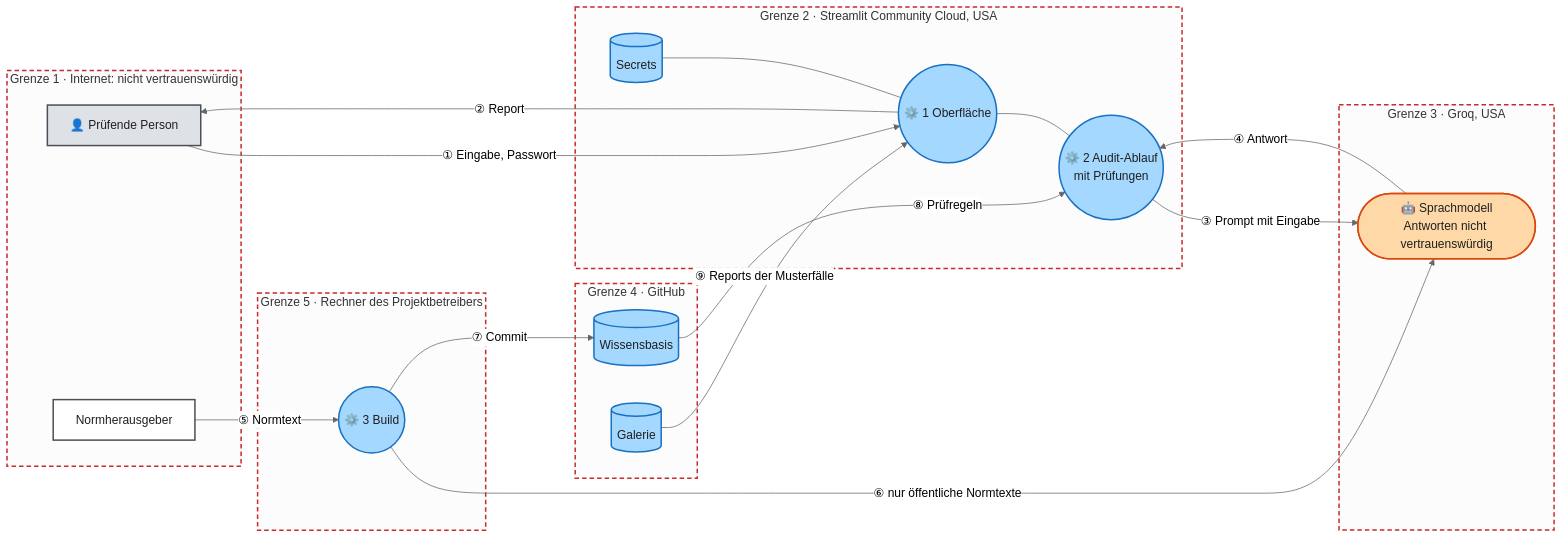
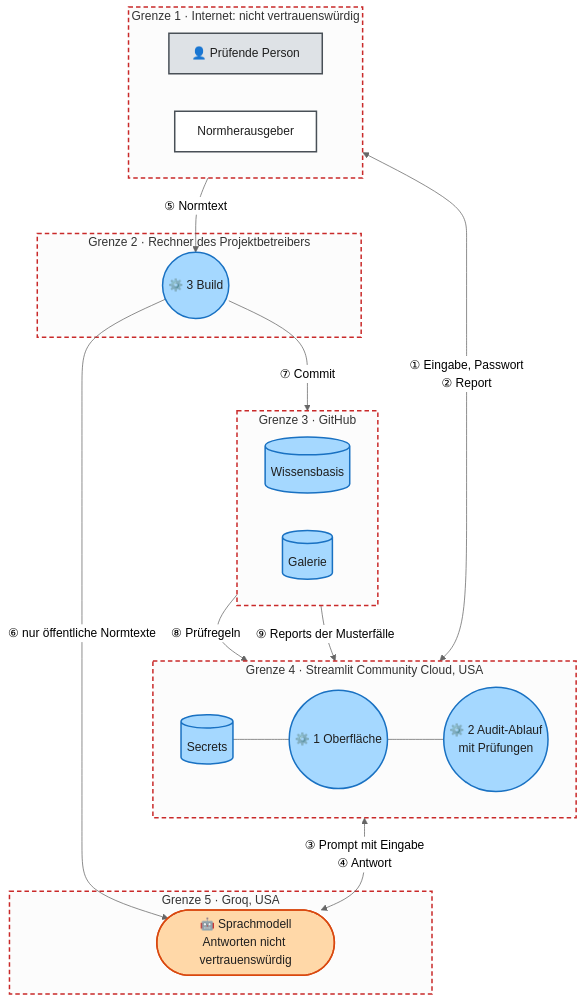
Diagram 25 of 25 in docs/ARCHITECTURE.md (Daniel74/GovGuard), drawn with Mermaid (neutral theme) before and after one commit. The commit also changed other lines of this file and 8 other files, not shown here.

Commit message:
#73 Architecture - second version

````diff
--- a/docs/ARCHITECTURE.md
+++ b/docs/ARCHITECTURE.md
@@ -1808,42 +2395,44 @@
 ```mermaid
-flowchart LR
+flowchart TB
   subgraph Z1["Grenze 1 · Internet: nicht vertrauenswürdig"]
+    direction LR
     U["👤 Prüfende Person"]:::human
     NH["Normherausgeber"]:::ext
   end
-  subgraph Z5["Grenze 5 · Rechner des Projektbetreibers"]
+  subgraph Z2["Grenze 2 · Rechner des Projektbetreibers"]
     P4(("⚙️ 3 Build")):::code
   end
-  subgraph Z2["Grenze 2 · Streamlit Community Cloud, USA"]
+  subgraph Z3["Grenze 3 · GitHub"]
+    direction LR
+    S2[("Wissensbasis")]:::code
+    S3[("Galerie")]:::code
+  end
+  subgraph Z4["Grenze 4 · Streamlit Community Cloud, USA"]
+    direction LR
     S1[("Secrets")]:::code
     P1(("⚙️ 1 Oberfläche")):::code
     P2(("⚙️ 2 Audit-Ablauf<br/>mit Prüfungen")):::code
   end
-  subgraph Z4["Grenze 4 · GitHub"]
-    S2[("Wissensbasis")]:::code
-    S3[("Galerie")]:::code
-  end
-  subgraph Z3["Grenze 3 · Groq, USA"]
+  subgraph Z5["Grenze 5 · Groq, USA"]
     LLM(["🤖 Sprachmodell<br/>Antworten nicht vertrauenswürdig"]):::llm
   end
-  U -->|"① Eingabe, Passwort"| P1
-  P1 -->|"② Report"| U
+  U <-->|"① Eingabe, Passwort<br/>② Report"| P1
+  NH -->|"⑤ Normtext"| P4
+  P4 -->|"⑦ Commit"| S2
+  P4 -->|"⑥ nur öffentliche Normtexte"| LLM
+  S2 -->|"⑧ Prüfregeln"| P2
+  S3 -->|"⑨ Reports der Musterfälle"| P1
+  S3 ~~~ S1
   S1 --- P1
   P1 --- P2
-  P2 -->|"③ Prompt mit Eingabe"| LLM
-  LLM -->|"④ Antwort"| P2
-  NH -->|"⑤ Normtext"| P4
-  P4 -->|"⑥ nur öffentliche Normtexte"| LLM
-  P4 -->|"⑦ Commit"| S2
-  S2 -->|"⑧ Prüfregeln"| P2
-  S3 -->|"⑨ Reports der Musterfälle"| P1
+  P2 <-->|"③ Prompt mit Eingabe<br/>④ Antwort"| LLM
   classDef llm fill:#ffd8a8,stroke:#d9480f,color:#1f1f1f,stroke-width:2px
   classDef code fill:#a5d8ff,stroke:#1971c2,color:#1f1f1f,stroke-width:2px
   classDef human fill:#dee2e6,stroke:#495057,color:#1f1f1f,stroke-width:2px
   classDef ext fill:#ffffff,stroke:#495057,color:#1f1f1f,stroke-width:2px
   style Z1 stroke:#c92a2a,stroke-width:2px,stroke-dasharray:6 4
   style Z2 stroke:#c92a2a,stroke-width:2px,stroke-dasharray:6 4
   style Z3 stroke:#c92a2a,stroke-width:2px,stroke-dasharray:6 4
   style Z4 stroke:#c92a2a,stroke-width:2px,stroke-dasharray:6 4
   style Z5 stroke:#c92a2a,stroke-width:2px,stroke-dasharray:6 4
 ```
````
